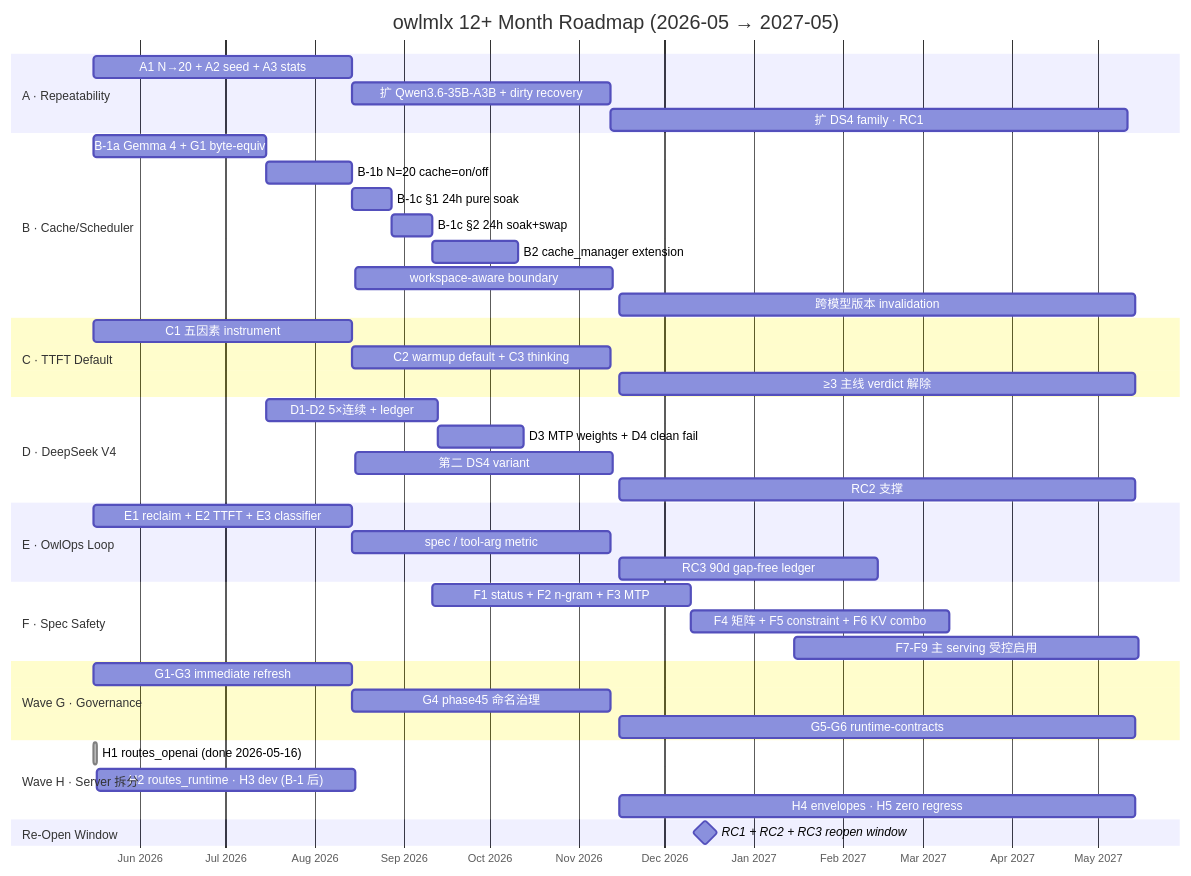
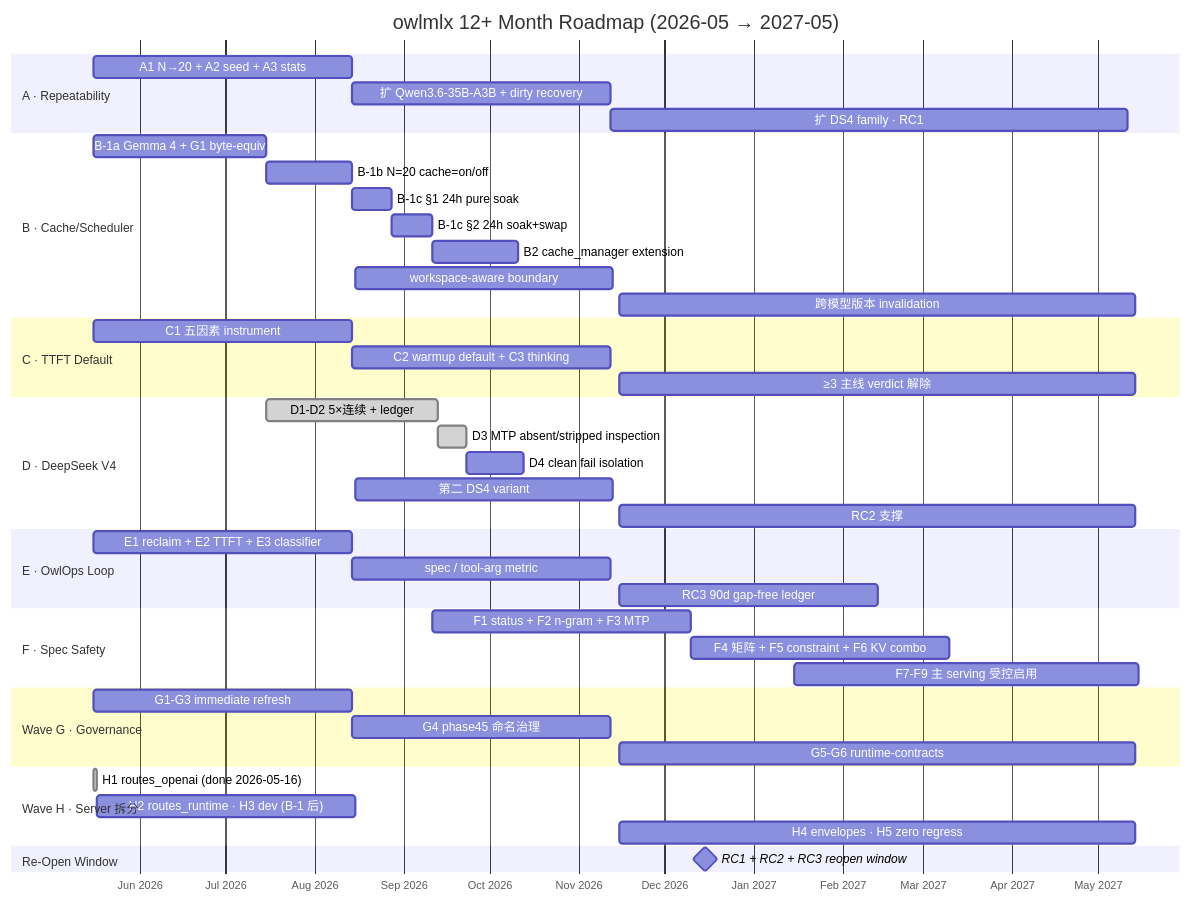
The fifth of 5 diagrams in docs/architect/04-architecture-canvas.md (yeemio/owlmlx), drawn with Mermaid before and after one commit. The commit also changed other lines of this file and 6 other files, not shown here.

````diff
--- a/docs/architect/04-architecture-canvas.md
+++ b/docs/architect/04-architecture-canvas.md
@@ -286,54 +286,55 @@
 ```mermaid
 gantt
     title owlmlx 12+ Month Roadmap (2026-05 → 2027-05)
     dateFormat YYYY-MM-DD
     axisFormat %b %Y
 
     section A · Repeatability
     A1 N→20 + A2 seed + A3 stats         :a1, 2026-05-16, 90d
     扩 Qwen3.6-35B-A3B + dirty recovery  :a2, after a1, 90d
     扩 DS4 family · RC1                  :a3, after a2, 180d
 
     section B · Cache/Scheduler
     B-1a Gemma 4 + G1 byte-equiv         :b1a, 2026-05-16, 60d
     B-1b N=20 cache=on/off               :b1b, after b1a, 30d
     B-1c §1 24h pure soak                :b1c1, after b1b, 14d
     B-1c §2 24h soak+swap                :b1c2, after b1c1, 14d
     B2 cache_manager extension           :b2, after b1c2, 30d
     workspace-aware boundary             :b3, 2026-08-15, 90d
     跨模型版本 invalidation                :b4, 2026-11-15, 180d
 
     section C · TTFT Default
     C1 五因素 instrument                 :c1, 2026-05-16, 90d
     C2 warmup default + C3 thinking      :c2, after c1, 90d
     ≥3 主线 verdict 解除                  :c3, 2026-11-15, 180d
 
     section D · DeepSeek V4
-    D1-D2 5×连续 + ledger                :d1, after b1a, 60d
-    D3 MTP weights + D4 clean fail       :d3, after d1, 30d
+    D1-D2 5×连续 + ledger                :done, d1, after b1a, 60d
+    D3 MTP absent/stripped inspection    :done, d3, after d1, 10d
+    D4 clean fail isolation              :d4, after d3, 20d
     第二 DS4 variant                      :d5, 2026-08-15, 90d
     RC2 支撑                              :d6, 2026-11-15, 180d
 
     section E · OwlOps Loop
     E1 reclaim + E2 TTFT + E3 classifier :e1, 2026-05-16, 90d
     spec / tool-arg metric               :e2, after e1, 90d
     RC3 90d gap-free ledger              :e3, 2026-11-15, 90d
 
     section F · Spec Safety
     F1 status + F2 n-gram + F3 MTP       :f1, after b1c2, 90d
     F4 矩阵 + F5 constraint + F6 KV combo:f4, after f1, 90d
     F7-F9 主 serving 受控启用             :f7, 2027-01-15, 120d
 
     section Wave G · Governance
     G1-G3 immediate refresh              :g1, 2026-05-16, 90d
     G4 phase45 命名治理                   :g4, after g1, 90d
     G5-G6 runtime-contracts              :g5, 2026-11-15, 180d
 
     section Wave H · Server 拆分
     H1 routes_openai (done 2026-05-16)   :done, h1, 2026-05-16, 1d
     H2 routes_runtime · H3 dev (B-1 后)  :h2, after h1, 90d
     H4 envelopes · H5 zero regress       :h4, 2026-11-15, 180d
 
     section Re-Open Window
     RC1 + RC2 + RC3 reopen window        :milestone, m1, 2026-11-15, 60d
 ```
````
